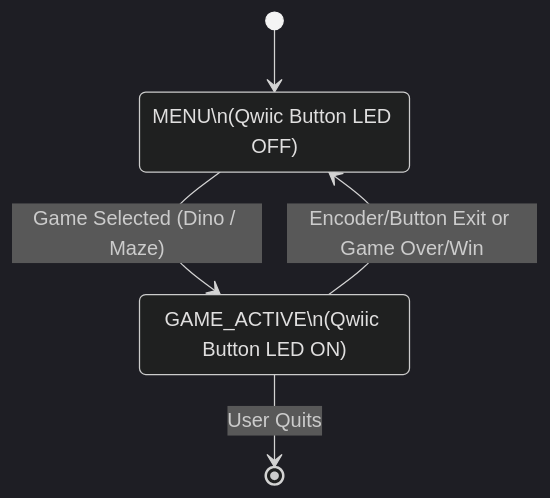
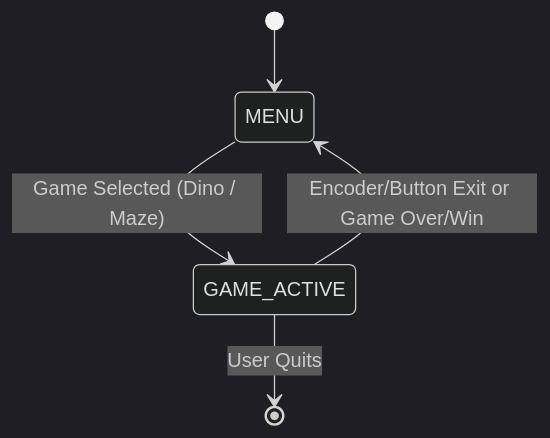
Before and after one commit to ji227/Jesse-Iriah-s-Lab-Hub: the diagram in Lab 4/README.md, drawn with Mermaid (dark theme). The commit also changed other lines of this file, not shown here.

````diff
--- a/Lab 4/README.md
+++ b/Lab 4/README.md
@@ -180,12 +180,12 @@
 ```mermaid
 stateDiagram-v2
 
 	[*] --> MENU
 	
-	state "MENU\n(Qwiic Button LED OFF)" as MENU
-    state "GAME_ACTIVE\n(Qwiic Button LED ON)" as GAME_ACTIVE
+	state "MENU" as MENU
+    state "GAME_ACTIVE" as GAME_ACTIVE
 
     MENU --> GAME_ACTIVE: Game Selected (Dino / Maze)
     GAME_ACTIVE --> MENU: Encoder/Button Exit or Game Over/Win
     GAME_ACTIVE --> [*]: User Quits
 ```
````
